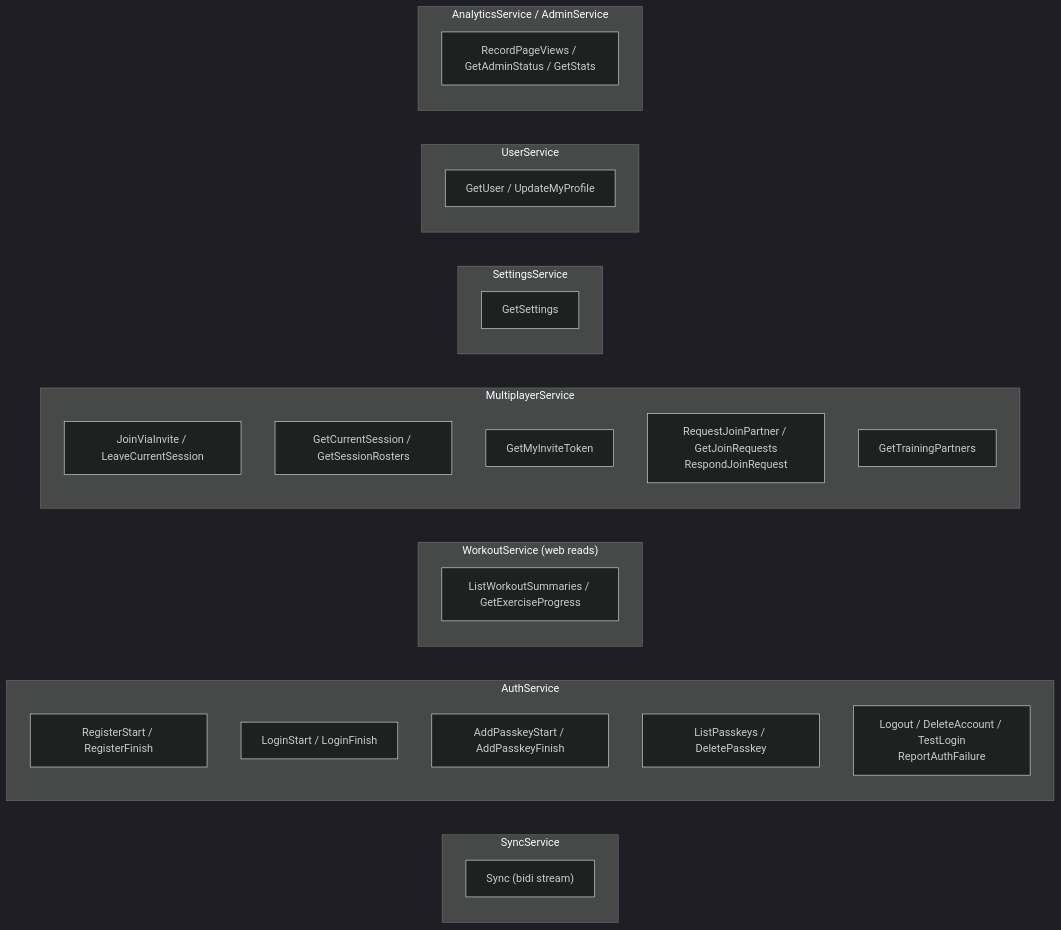
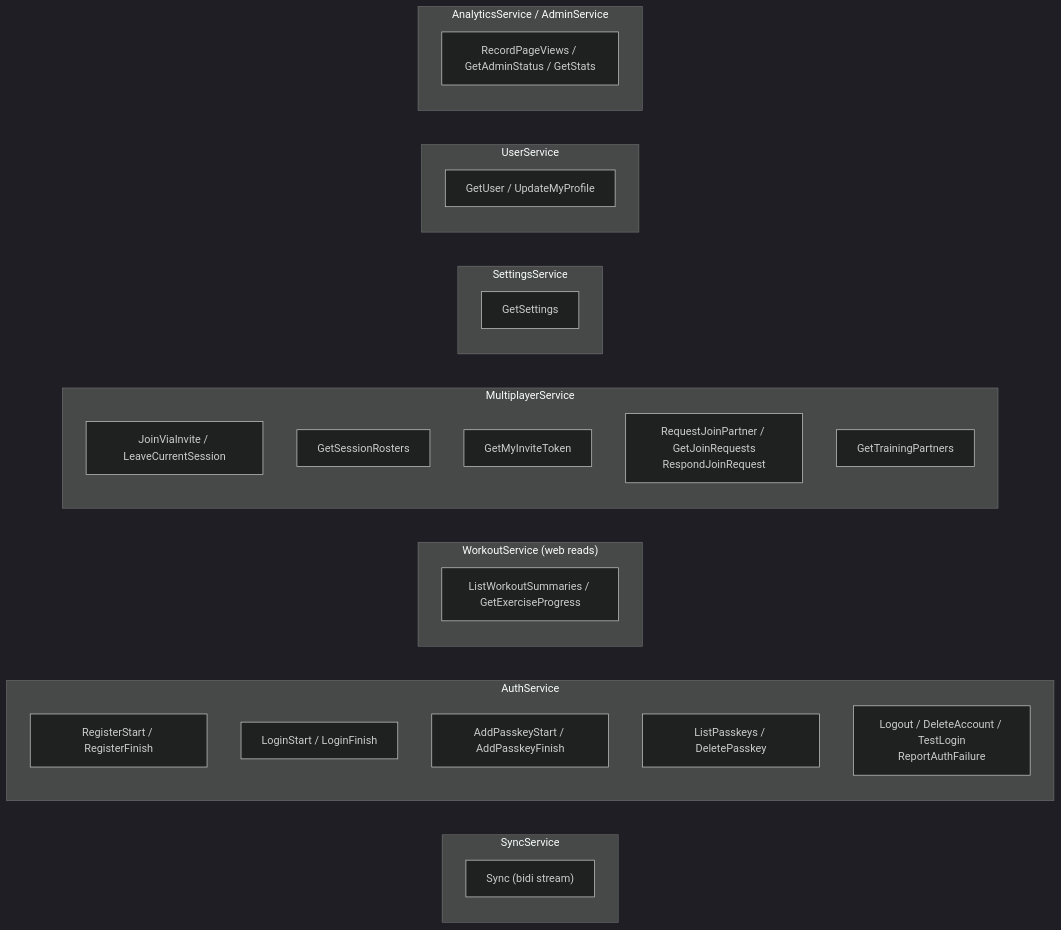
The third of 3 diagrams in docs/architecture/backend.md (brensch/lift), drawn with Mermaid (dark theme) before and after one commit. The commit also changed other lines of this file and 5 other files, not shown here.

````diff
--- a/docs/architecture/backend.md
+++ b/docs/architecture/backend.md
@@ -169,32 +169,32 @@
 ```mermaid
 graph LR
     subgraph "SyncService"
         y1["Sync (bidi stream)"]
     end
     subgraph "AuthService"
         a1["RegisterStart / RegisterFinish"]
         a2["LoginStart / LoginFinish"]
         a3["AddPasskeyStart / AddPasskeyFinish"]
         a4["ListPasskeys / DeletePasskey"]
         a5["Logout / DeleteAccount / TestLogin<br/>ReportAuthFailure"]
     end
     subgraph "WorkoutService (web reads)"
         w1["ListWorkoutSummaries / GetExerciseProgress"]
     end
     subgraph "MultiplayerService"
         m1["JoinViaInvite / LeaveCurrentSession"]
-        m2["GetCurrentSession / GetSessionRosters"]
+        m2["GetSessionRosters"]
         m3["GetMyInviteToken"]
         m4["RequestJoinPartner / GetJoinRequests<br/>RespondJoinRequest"]
         m5["GetTrainingPartners"]
     end
     subgraph "SettingsService"
         s1["GetSettings"]
     end
     subgraph "UserService"
         u1["GetUser / UpdateMyProfile"]
     end
     subgraph "AnalyticsService / AdminService"
         x1["RecordPageViews / GetAdminStatus / GetStats"]
     end
 ```
````
